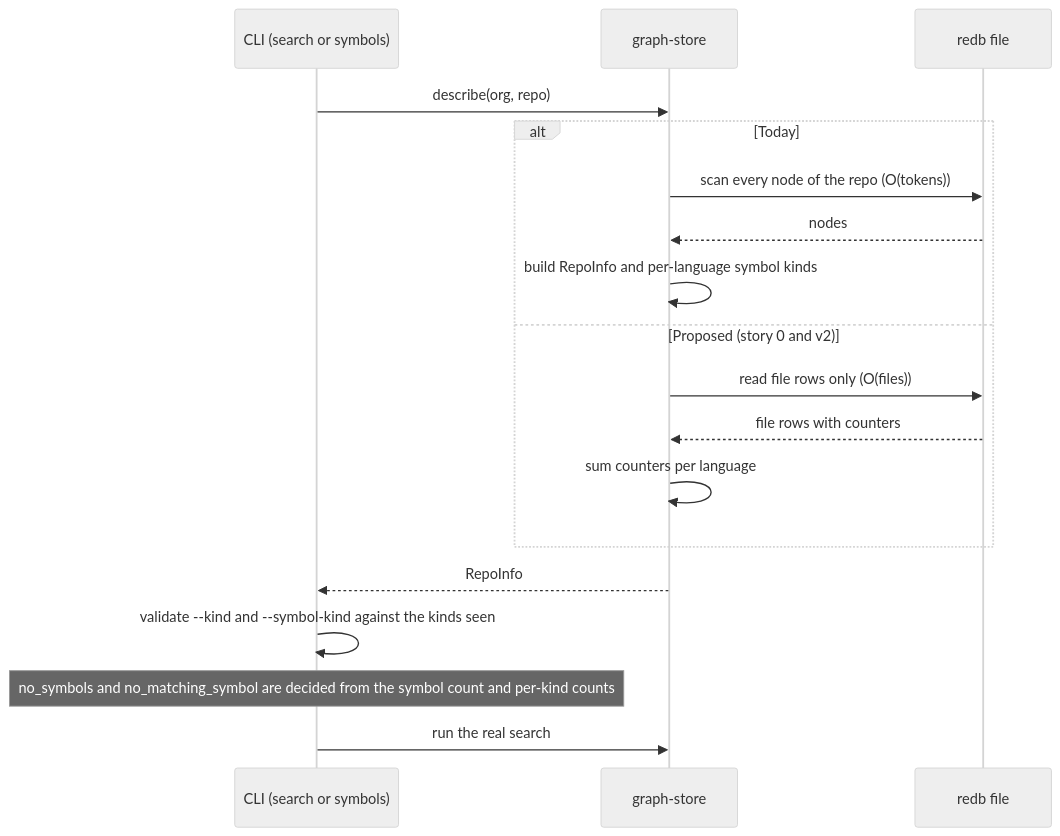
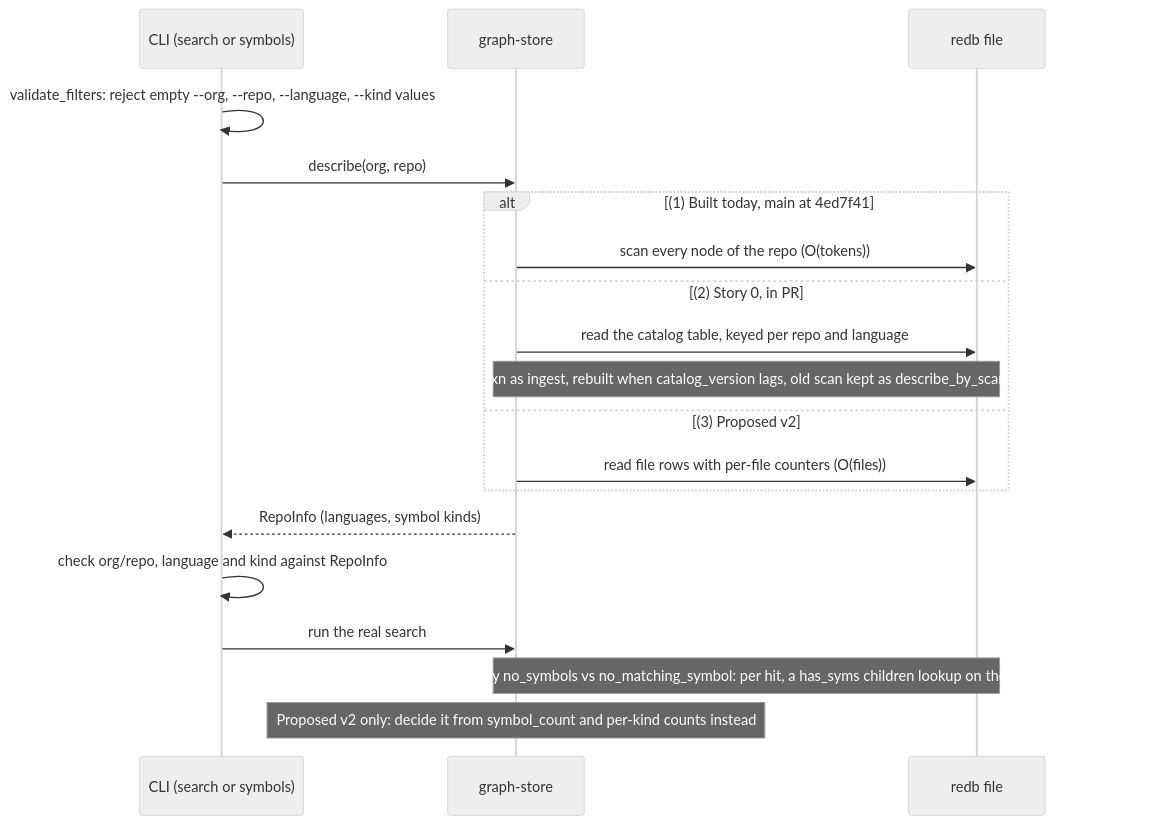
One commit to P47Phoenix/memory-graph changed the ninth of 19 diagrams in docs/architecture-diagrams.md. Above: the diagram before and after it, drawn with Mermaid (neutral theme). The commit also changed other lines of this file and 2 other files, not shown here.

First line of the commit message:
Fix architecture diagram review findings (PR #13)

````diff
--- a/docs/architecture-diagrams.md
+++ b/docs/architecture-diagrams.md
@@ -369,20 +284,21 @@
 ```mermaid
 sequenceDiagram
     participant CLI as CLI (search or symbols)
     participant Store as graph-store
     participant redb as redb file
+    CLI->>CLI: validate_filters: reject empty --org, --repo, --language, --kind values
     CLI->>Store: describe(org, repo)
-    alt Today
+    alt (1) Built today, main at 4ed7f41
         Store->>redb: scan every node of the repo (O(tokens))
-        redb-->>Store: nodes
-        Store->>Store: build RepoInfo and per-language symbol kinds
-    else Proposed (story 0 and v2)
-        Store->>redb: read file rows only (O(files))
-        redb-->>Store: file rows with counters
-        Store->>Store: sum counters per language
+    else (2) Story 0, in PR #12 (open, not merged)
+        Store->>redb: read the catalog table, keyed per repo and language
+        Note over Store,redb: kept in the same write txn as ingest, rebuilt when catalog_version lags, old scan kept as describe_by_scan, about 200 ms to 2 ms
+    else (3) Proposed v2
+        Store->>redb: read file rows with per-file counters (O(files))
     end
-    Store-->>CLI: RepoInfo
-    CLI->>CLI: validate --kind and --symbol-kind against the kinds seen
-    Note over CLI: no_symbols and no_matching_symbol are decided from the symbol count and per-kind counts
+    Store-->>CLI: RepoInfo (languages, symbol kinds)
+    CLI->>CLI: check org/repo, language and kind against RepoInfo
     CLI->>Store: run the real search
+    Note over Store,redb: today no_symbols vs no_matching_symbol: per hit, a has_syms children lookup on the file
+    Note over Store: Proposed v2 only: decide it from symbol_count and per-kind counts instead
 ```
````
